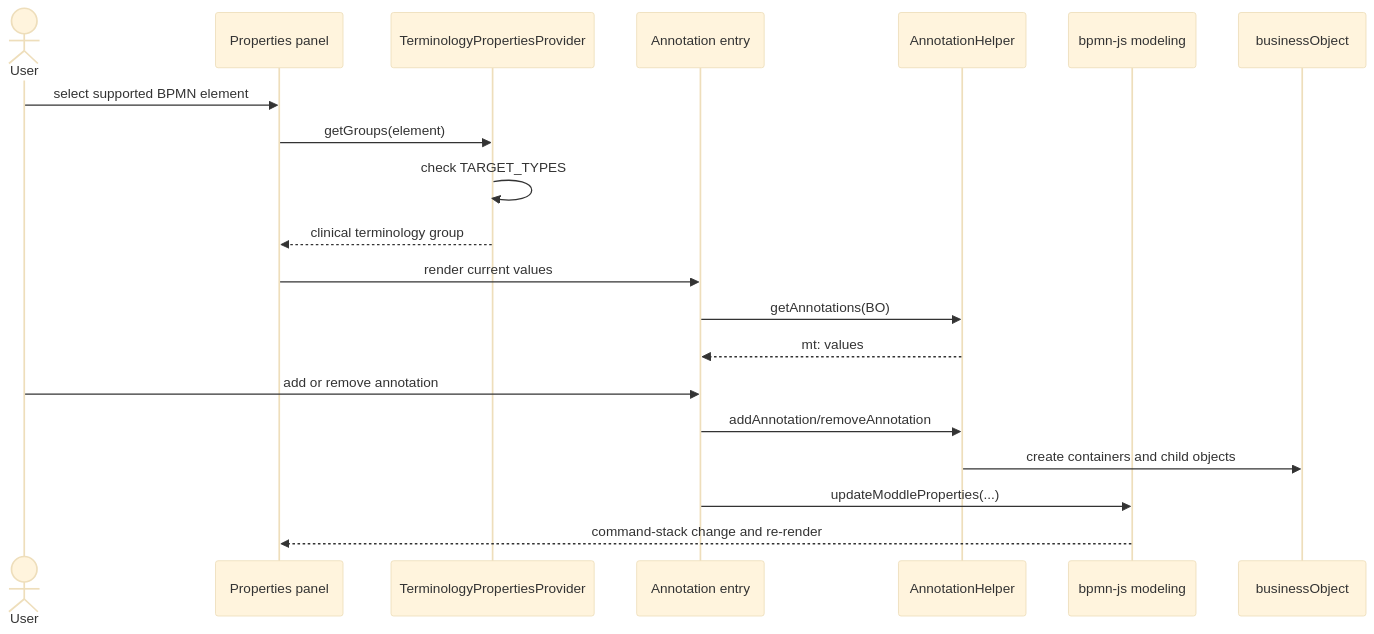
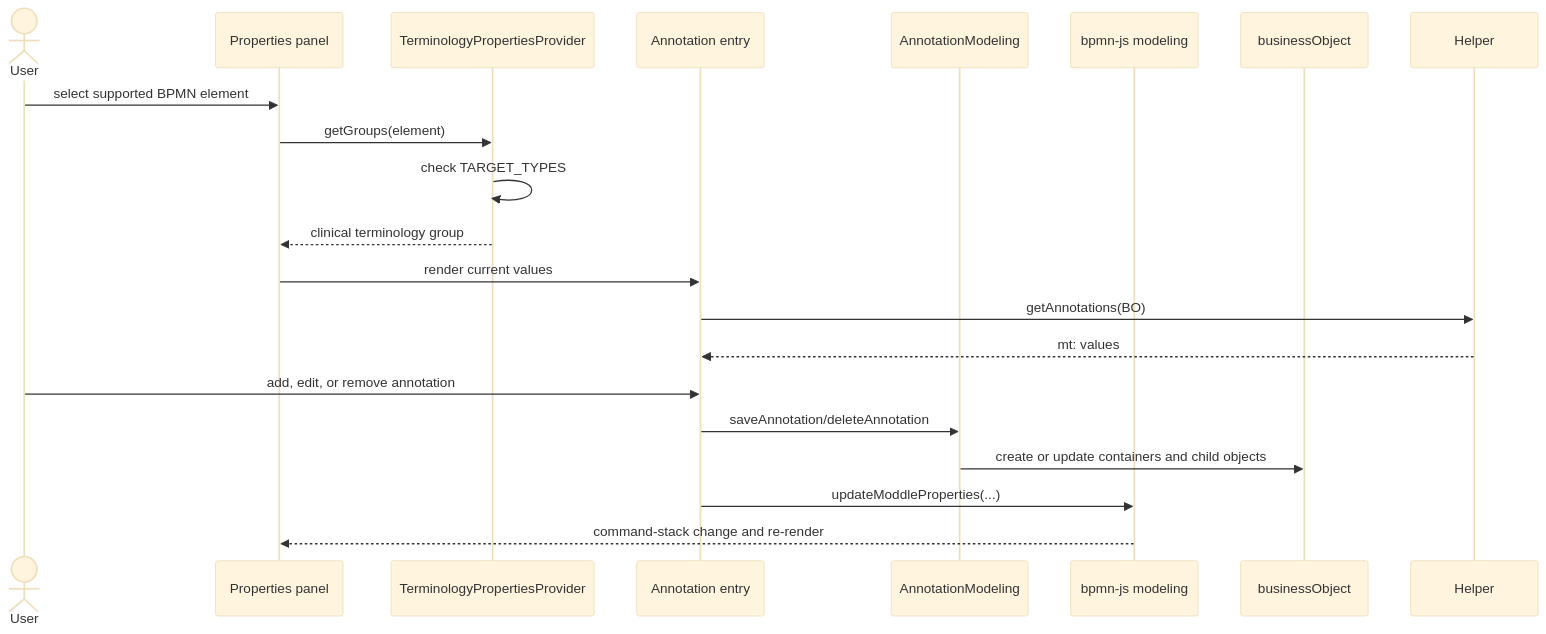
One commit to forschungsgruppe-digital-health/bpmn-extension-medical-terminology changed the diagram in docs/arc42/06_runtime_view.md. Above: the diagram before and after it, drawn with Mermaid (base theme). The commit also changed other lines of this file and 36 other files, not shown here.

````diff
--- a/docs/arc42/06_runtime_view.md
+++ b/docs/arc42/06_runtime_view.md
@@ -36,23 +36,23 @@
 ```mermaid
 sequenceDiagram
     actor User
     participant Panel as Properties panel
     participant Provider as TerminologyPropertiesProvider
     participant Entry as Annotation entry
-    participant Helper as AnnotationHelper
+    participant ModelingHelper as AnnotationModeling
     participant Modeling as bpmn-js modeling
     participant BO as businessObject
 
     User->>Panel: select supported BPMN element
     Panel->>Provider: getGroups(element)
     Provider->>Provider: check TARGET_TYPES
     Provider-->>Panel: clinical terminology group
     Panel->>Entry: render current values
     Entry->>Helper: getAnnotations(BO)
     Helper-->>Entry: mt: values
-    User->>Entry: add or remove annotation
-    Entry->>Helper: addAnnotation/removeAnnotation
-    Helper->>BO: create containers and child objects
+    User->>Entry: add, edit, or remove annotation
+    Entry->>ModelingHelper: saveAnnotation/deleteAnnotation
+    ModelingHelper->>BO: create or update containers and child objects
     Entry->>Modeling: updateModdleProperties(...)
     Modeling-->>Panel: command-stack change and re-render
 ```
````
